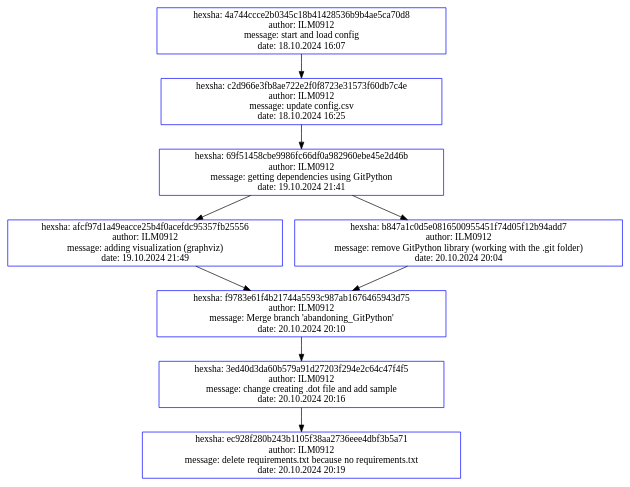
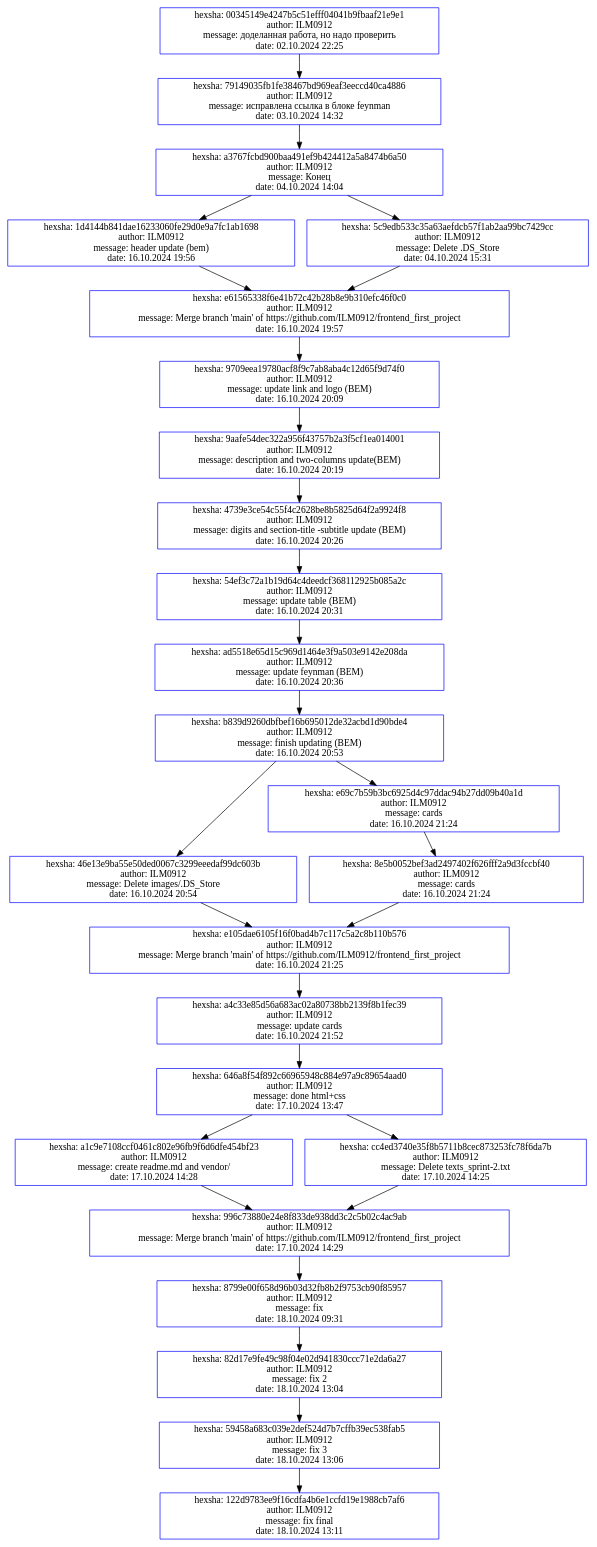
The diagram in commit_graph.dot (ILM0912/configuration_management_hw2), drawn with Graphviz before and after one commit. The commit also changed 3 other files, not shown here.

```diff
--- a/commit_graph.dot
+++ b/commit_graph.dot
@@ -1,58 +1,179 @@
 digraph CommitGraph {
 node [shape=rect, color=blue]
 
-"ec928f280b243b1105f38aa2736eee4dbf3b5a71" [label="hexsha: ec928f280b243b1105f38aa2736eee4dbf3b5a71
+"122d9783ee9f16cdfa4b6e1ccfd19e1988cb7af6" [label="hexsha: 122d9783ee9f16cdfa4b6e1ccfd19e1988cb7af6
 author: ILM0912
-message: delete requirements.txt because no requirements.txt
-date: 20.10.2024 20:19"];
-"3ed40d3da60b579a91d27203f294e2c64c47f4f5" -> "ec928f280b243b1105f38aa2736eee4dbf3b5a71";
+message: fix final
+date: 18.10.2024 13:11"];
+"59458a683c039e2def524d7b7cffb39ec538fab5" -> "122d9783ee9f16cdfa4b6e1ccfd19e1988cb7af6";
 
 
-"3ed40d3da60b579a91d27203f294e2c64c47f4f5" [label="hexsha: 3ed40d3da60b579a91d27203f294e2c64c47f4f5
+"59458a683c039e2def524d7b7cffb39ec538fab5" [label="hexsha: 59458a683c039e2def524d7b7cffb39ec538fab5
 author: ILM0912
-message: change creating .dot file and add sample
-date: 20.10.2024 20:16"];
-"f9783e61f4b21744a5593c987ab1676465943d75" -> "3ed40d3da60b579a91d27203f294e2c64c47f4f5";
+message: fix 3
+date: 18.10.2024 13:06"];
+"82d17e9fe49c98f04e02d941830ccc71e2da6a27" -> "59458a683c039e2def524d7b7cffb39ec538fab5";
 
 
-"f9783e61f4b21744a5593c987ab1676465943d75" [label="hexsha: f9783e61f4b21744a5593c987ab1676465943d75
+"82d17e9fe49c98f04e02d941830ccc71e2da6a27" [label="hexsha: 82d17e9fe49c98f04e02d941830ccc71e2da6a27
 author: ILM0912
-message: Merge branch 'abandoning_GitPython'
-date: 20.10.2024 20:10"];
-"afcf97d1a49eacce25b4f0acefdc95357fb25556" -> "f9783e61f4b21744a5593c987ab1676465943d75";
-"b847a1c0d5e0816500955451f74d05f12b94add7" -> "f9783e61f4b21744a5593c987ab1676465943d75";
+message: fix 2
+date: 18.10.2024 13:04"];
+"8799e00f658d96b03d32fb8b2f9753cb90f85957" -> "82d17e9fe49c98f04e02d941830ccc71e2da6a27";
 
 
-"afcf97d1a49eacce25b4f0acefdc95357fb25556" [label="hexsha: afcf97d1a49eacce25b4f0acefdc95357fb25556
+"8799e00f658d96b03d32fb8b2f9753cb90f85957" [label="hexsha: 8799e00f658d96b03d32fb8b2f9753cb90f85957
 author: ILM0912
-message: adding visualization (graphviz)
-date: 19.10.2024 21:49"];
-"69f51458cbe9986fc66df0a982960ebe45e2d46b" -> "afcf97d1a49eacce25b4f0acefdc95357fb25556";
+message: fix
+date: 18.10.2024 09:31"];
+"996c73880e24e8f833de938dd3c2c5b02c4ac9ab" -> "8799e00f658d96b03d32fb8b2f9753cb90f85957";
 
 
-"b847a1c0d5e0816500955451f74d05f12b94add7" [label="hexsha: b847a1c0d5e0816500955451f74d05f12b94add7
+"996c73880e24e8f833de938dd3c2c5b02c4ac9ab" [label="hexsha: 996c73880e24e8f833de938dd3c2c5b02c4ac9ab
 author: ILM0912
-message: remove GitPython library (working with the .git folder)
-date: 20.10.2024 20:04"];
-"69f51458cbe9986fc66df0a982960ebe45e2d46b" -> "b847a1c0d5e0816500955451f74d05f12b94add7";
+message: Merge branch 'main' of https://github.com/ILM0912/frontend_first_project
+date: 17.10.2024 14:29"];
+"a1c9e7108ccf0461c802e96fb9f6d6dfe454bf23" -> "996c73880e24e8f833de938dd3c2c5b02c4ac9ab";
+"cc4ed3740e35f8b5711b8cec873253fc78f6da7b" -> "996c73880e24e8f833de938dd3c2c5b02c4ac9ab";
 
 
-"69f51458cbe9986fc66df0a982960ebe45e2d46b" [label="hexsha: 69f51458cbe9986fc66df0a982960ebe45e2d46b
+"a1c9e7108ccf0461c802e96fb9f6d6dfe454bf23" [label="hexsha: a1c9e7108ccf0461c802e96fb9f6d6dfe454bf23
 author: ILM0912
-message: getting dependencies using GitPython
-date: 19.10.2024 21:41"];
-"c2d966e3fb8ae722e2f0f8723e31573f60db7c4e" -> "69f51458cbe9986fc66df0a982960ebe45e2d46b";
+message: create readme.md and vendor/
+date: 17.10.2024 14:28"];
+"646a8f54f892c66965948c884e97a9c89654aad0" -> "a1c9e7108ccf0461c802e96fb9f6d6dfe454bf23";
 
 
-"c2d966e3fb8ae722e2f0f8723e31573f60db7c4e" [label="hexsha: c2d966e3fb8ae722e2f0f8723e31573f60db7c4e
+"cc4ed3740e35f8b5711b8cec873253fc78f6da7b" [label="hexsha: cc4ed3740e35f8b5711b8cec873253fc78f6da7b
 author: ILM0912
-message: update config.csv
-date: 18.10.2024 16:25"];
-"4a744ccce2b0345c18b41428536b9b4ae5ca70d8" -> "c2d966e3fb8ae722e2f0f8723e31573f60db7c4e";
+message: Delete texts_sprint-2.txt
+date: 17.10.2024 14:25"];
+"646a8f54f892c66965948c884e97a9c89654aad0" -> "cc4ed3740e35f8b5711b8cec873253fc78f6da7b";
 
 
-"4a744ccce2b0345c18b41428536b9b4ae5ca70d8" [label="hexsha: 4a744ccce2b0345c18b41428536b9b4ae5ca70d8
+"646a8f54f892c66965948c884e97a9c89654aad0" [label="hexsha: 646a8f54f892c66965948c884e97a9c89654aad0
 author: ILM0912
-message: start and load config
-date: 18.10.2024 16:07"];
+message: done html+css
+date: 17.10.2024 13:47"];
+"a4c33e85d56a683ac02a80738bb2139f8b1fec39" -> "646a8f54f892c66965948c884e97a9c89654aad0";
+
+
+"a4c33e85d56a683ac02a80738bb2139f8b1fec39" [label="hexsha: a4c33e85d56a683ac02a80738bb2139f8b1fec39
+author: ILM0912
+message: update cards
+date: 16.10.2024 21:52"];
+"e105dae6105f16f0bad4b7c117c5a2c8b110b576" -> "a4c33e85d56a683ac02a80738bb2139f8b1fec39";
+
+
+"e105dae6105f16f0bad4b7c117c5a2c8b110b576" [label="hexsha: e105dae6105f16f0bad4b7c117c5a2c8b110b576
+author: ILM0912
+message: Merge branch 'main' of https://github.com/ILM0912/frontend_first_project
+date: 16.10.2024 21:25"];
+"8e5b0052bef3ad2497402f626fff2a9d3fccbf40" -> "e105dae6105f16f0bad4b7c117c5a2c8b110b576";
+"46e13e9ba55e50ded0067c3299eeedaf99dc603b" -> "e105dae6105f16f0bad4b7c117c5a2c8b110b576";
+
+
+"8e5b0052bef3ad2497402f626fff2a9d3fccbf40" [label="hexsha: 8e5b0052bef3ad2497402f626fff2a9d3fccbf40
+author: ILM0912
+message: cards
+date: 16.10.2024 21:24"];
+"e69c7b59b3bc6925d4c97ddac94b27dd09b40a1d" -> "8e5b0052bef3ad2497402f626fff2a9d3fccbf40";
+
+
+"46e13e9ba55e50ded0067c3299eeedaf99dc603b" [label="hexsha: 46e13e9ba55e50ded0067c3299eeedaf99dc603b
+author: ILM0912
+message: Delete images/.DS_Store
+date: 16.10.2024 20:54"];
+"b839d9260dbfbef16b695012de32acbd1d90bde4" -> "46e13e9ba55e50ded0067c3299eeedaf99dc603b";
+
+
+"e69c7b59b3bc6925d4c97ddac94b27dd09b40a1d" [label="hexsha: e69c7b59b3bc6925d4c97ddac94b27dd09b40a1d
+author: ILM0912
+message: cards
+date: 16.10.2024 21:24"];
+"b839d9260dbfbef16b695012de32acbd1d90bde4" -> "e69c7b59b3bc6925d4c97ddac94b27dd09b40a1d";
+
+
+"b839d9260dbfbef16b695012de32acbd1d90bde4" [label="hexsha: b839d9260dbfbef16b695012de32acbd1d90bde4
+author: ILM0912
+message: finish updating (BEM)
+date: 16.10.2024 20:53"];
+"ad5518e65d15c969d1464e3f9a503e9142e208da" -> "b839d9260dbfbef16b695012de32acbd1d90bde4";
+
+
+"ad5518e65d15c969d1464e3f9a503e9142e208da" [label="hexsha: ad5518e65d15c969d1464e3f9a503e9142e208da
+author: ILM0912
+message: update feynman (BEM)
+date: 16.10.2024 20:36"];
+"54ef3c72a1b19d64c4deedcf368112925b085a2c" -> "ad5518e65d15c969d1464e3f9a503e9142e208da";
+
+
+"54ef3c72a1b19d64c4deedcf368112925b085a2c" [label="hexsha: 54ef3c72a1b19d64c4deedcf368112925b085a2c
+author: ILM0912
+message: update table (BEM)
+date: 16.10.2024 20:31"];
+"4739e3ce54c55f4c2628be8b5825d64f2a9924f8" -> "54ef3c72a1b19d64c4deedcf368112925b085a2c";
+
+
+"4739e3ce54c55f4c2628be8b5825d64f2a9924f8" [label="hexsha: 4739e3ce54c55f4c2628be8b5825d64f2a9924f8
+author: ILM0912
+message: digits and section-title -subtitle update (BEM)
+date: 16.10.2024 20:26"];
+"9aafe54dec322a956f43757b2a3f5cf1ea014001" -> "4739e3ce54c55f4c2628be8b5825d64f2a9924f8";
+
+
+"9aafe54dec322a956f43757b2a3f5cf1ea014001" [label="hexsha: 9aafe54dec322a956f43757b2a3f5cf1ea014001
+author: ILM0912
+message: description and two-columns update(BEM)
+date: 16.10.2024 20:19"];
+"9709eea19780acf8f9c7ab8aba4c12d65f9d74f0" -> "9aafe54dec322a956f43757b2a3f5cf1ea014001";
+
+
+"9709eea19780acf8f9c7ab8aba4c12d65f9d74f0" [label="hexsha: 9709eea19780acf8f9c7ab8aba4c12d65f9d74f0
+author: ILM0912
+message: update link and logo (BEM)
+date: 16.10.2024 20:09"];
+"e61565338f6e41b72c42b28b8e9b310efc46f0c0" -> "9709eea19780acf8f9c7ab8aba4c12d65f9d74f0";
+
+
+"e61565338f6e41b72c42b28b8e9b310efc46f0c0" [label="hexsha: e61565338f6e41b72c42b28b8e9b310efc46f0c0
+author: ILM0912
+message: Merge branch 'main' of https://github.com/ILM0912/frontend_first_project
+date: 16.10.2024 19:57"];
+"1d4144b841dae16233060fe29d0e9a7fc1ab1698" -> "e61565338f6e41b72c42b28b8e9b310efc46f0c0";
+"5c9edb533c35a63aefdcb57f1ab2aa99bc7429cc" -> "e61565338f6e41b72c42b28b8e9b310efc46f0c0";
+
+
+"1d4144b841dae16233060fe29d0e9a7fc1ab1698" [label="hexsha: 1d4144b841dae16233060fe29d0e9a7fc1ab1698
+author: ILM0912
+message: header update (bem)
+date: 16.10.2024 19:56"];
+"a3767fcbd900baa491ef9b424412a5a8474b6a50" -> "1d4144b841dae16233060fe29d0e9a7fc1ab1698";
+
+
+"5c9edb533c35a63aefdcb57f1ab2aa99bc7429cc" [label="hexsha: 5c9edb533c35a63aefdcb57f1ab2aa99bc7429cc
+author: ILM0912
+message: Delete .DS_Store
+date: 04.10.2024 15:31"];
+"a3767fcbd900baa491ef9b424412a5a8474b6a50" -> "5c9edb533c35a63aefdcb57f1ab2aa99bc7429cc";
+
+
+"a3767fcbd900baa491ef9b424412a5a8474b6a50" [label="hexsha: a3767fcbd900baa491ef9b424412a5a8474b6a50
+author: ILM0912
+message: Конец
+date: 04.10.2024 14:04"];
+"79149035fb1fe38467bd969eaf3eeccd40ca4886" -> "a3767fcbd900baa491ef9b424412a5a8474b6a50";
+
+
+"79149035fb1fe38467bd969eaf3eeccd40ca4886" [label="hexsha: 79149035fb1fe38467bd969eaf3eeccd40ca4886
+author: ILM0912
+message: исправлена ссылка в блоке feynman
+date: 03.10.2024 14:32"];
+"00345149e4247b5c51efff04041b9fbaaf21e9e1" -> "79149035fb1fe38467bd969eaf3eeccd40ca4886";
+
+
+"00345149e4247b5c51efff04041b9fbaaf21e9e1" [label="hexsha: 00345149e4247b5c51efff04041b9fbaaf21e9e1
+author: ILM0912
+message: доделанная работа, но надо проверить
+date: 02.10.2024 22:25"];
 }
```
